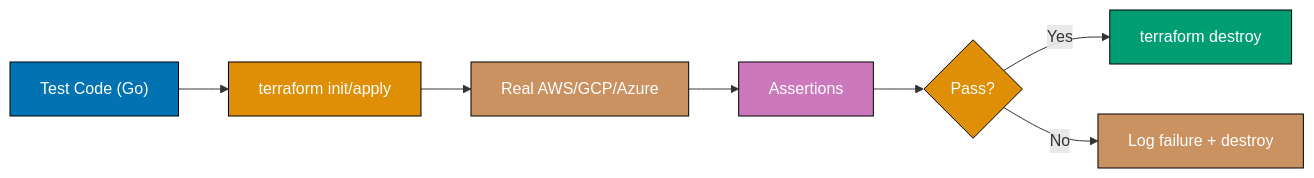
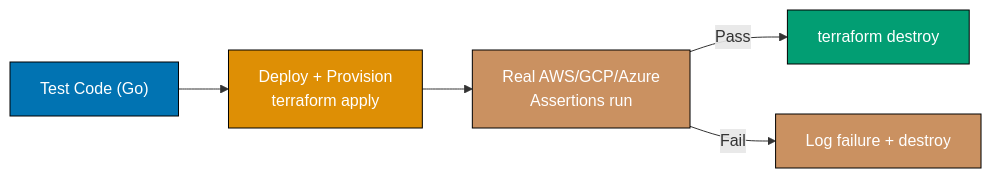
One commit to wahidyankf/open-sharia-enterprise changed the fifth of 9 diagrams in apps/ayokoding-web/content/en/learn/software-engineering/infrastructure/infrastructure-as-code/by-example/advanced.md. Above: the diagram before and after it, drawn with Mermaid. The commit also changed other lines of this file and 16 other files, not shown here.

First line of the commit message:
fix(content): fix 46 pre-existing Mermaid violations in tutorial files

````diff
--- a/apps/ayokoding-web/content/en/learn/software-engineering/infrastructure/infrastructure-as-code/by-example/advanced.md
+++ b/apps/ayokoding-web/content/en/learn/software-engineering/infrastructure/infrastructure-as-code/by-example/advanced.md
@@ -927,18 +927,14 @@
 ```mermaid
 %% Color Palette: Blue #0173B2, Orange #DE8F05, Teal #029E73, Purple #CC78BC, Brown #CA9161
 graph LR
-  A["Test Code (Go)"] --> B["terraform init/apply"]
-  B --> C["Real AWS/GCP/Azure"]
-  C --> D["Assertions"]
-  D --> E{Pass?}
-  E -->|Yes| F["terraform destroy"]
-  E -->|No| G["Log failure + destroy"]
+  A["Test Code (Go)"] --> B["Deploy + Provision<br/>terraform apply"]
+  B --> C["Real AWS/GCP/Azure<br/>Assertions run"]
+  C -- Pass --> D["terraform destroy"]
+  C -- Fail --> E["Log failure + destroy"]
 
   style A fill:#0173B2,stroke:#000,color:#fff
   style B fill:#DE8F05,stroke:#000,color:#fff
   style C fill:#CA9161,stroke:#000,color:#fff
-  style D fill:#CC78BC,stroke:#000,color:#fff
-  style E fill:#DE8F05,stroke:#000,color:#fff
-  style F fill:#029E73,stroke:#000,color:#fff
-  style G fill:#CA9161,stroke:#000,color:#fff
+  style D fill:#029E73,stroke:#000,color:#fff
+  style E fill:#CA9161,stroke:#000,color:#fff
 ```
````
